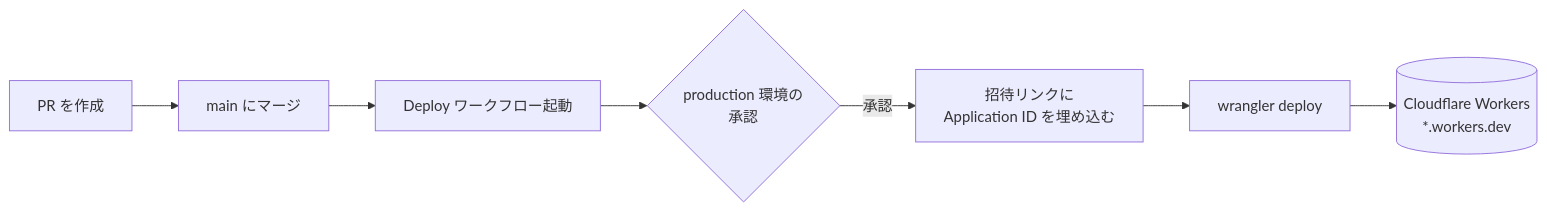
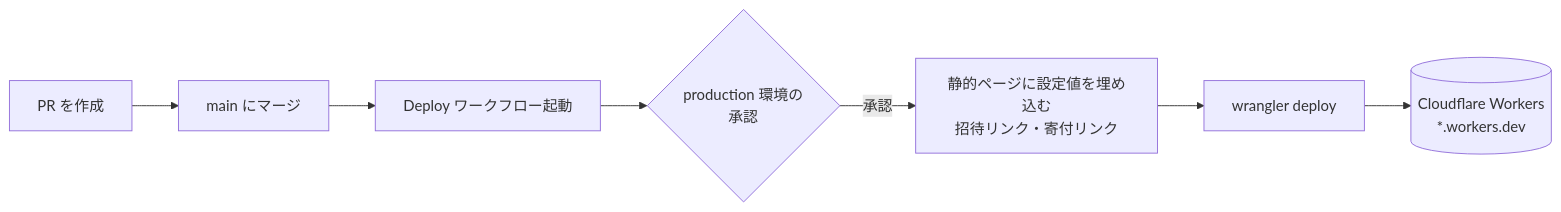
The fifth of 5 diagrams in docs/design.md (etlit-r/DIscheduler), drawn with Mermaid before and after one commit. The commit also changed other lines of this file, not shown here.

````diff
--- a/docs/design.md
+++ b/docs/design.md
@@ -923,9 +952,9 @@
 ```mermaid
 flowchart LR
   PR[PR を作成] --> M[main にマージ]
   M --> W[Deploy ワークフロー起動]
   W --> A{production 環境の<br/>承認}
-  A -- 承認 --> R[招待リンクに<br/>Application ID を埋め込む]
+  A -- 承認 --> R[静的ページに設定値を埋め込む<br/>招待リンク・寄付リンク]
   R --> D[wrangler deploy]
   D --> CF[(Cloudflare Workers<br/>*.workers.dev)]
 ```
````
